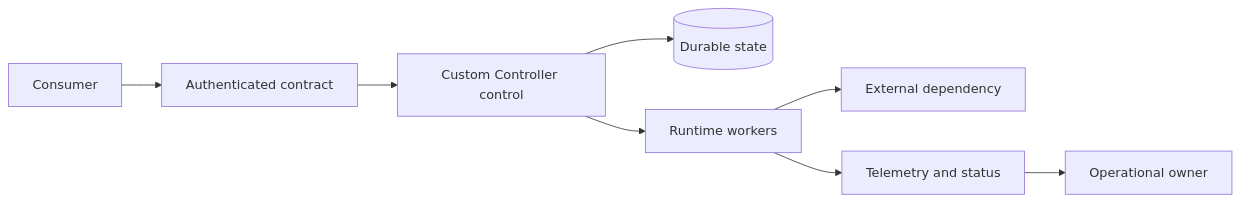
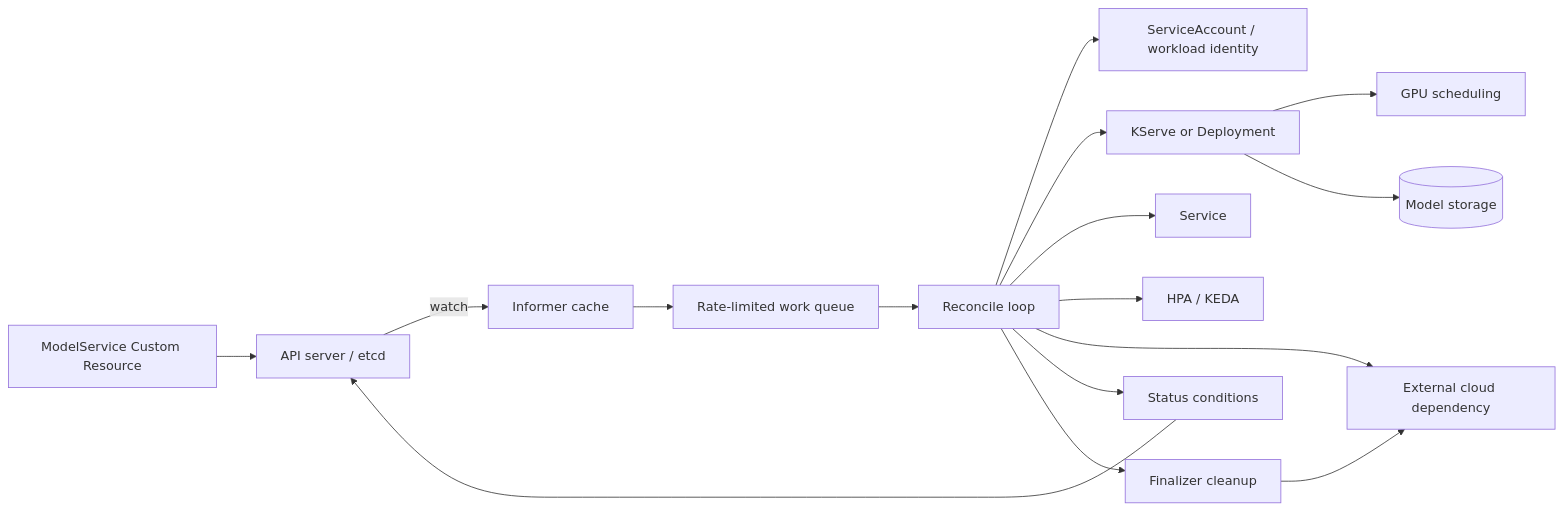
Before and after one commit to m1mohamad/devops-sre-prep: the diagram in docs/architecture/custom-controller.md, drawn with Mermaid. The commit also changed other lines of this file and 61 other files, not shown here.

Commit message:
Replace generic architecture and study templates

````diff
--- a/docs/architecture/custom-controller.md
+++ b/docs/architecture/custom-controller.md
@@ -15,10 +15,16 @@
 ```mermaid
 flowchart LR
-  User[Consumer] --> Edge[Authenticated contract]
-  Edge --> Control[Custom Controller control]
-  Control --> State[(Durable state)]
-  Control --> Runtime[Runtime workers]
-  Runtime --> Dependency[External dependency]
-  Runtime --> Signals[Telemetry and status]
-  Signals --> Owner[Operational owner]
+  CR[ModelService Custom Resource] --> API[API server / etcd]
+  API -->|watch| Informer[Informer cache] --> Queue[Rate-limited work queue] --> Reconcile[Reconcile loop]
+  Reconcile --> Identity[ServiceAccount / workload identity]
+  Reconcile --> Serving[KServe or Deployment]
+  Reconcile --> Service[Service]
+  Reconcile --> Scale[HPA / KEDA]
+  Serving --> GPU[GPU scheduling]
+  Serving --> Storage[(Model storage)]
+  Reconcile --> Cloud[External cloud dependency]
+  Reconcile --> Status[Status conditions]
+  Reconcile --> Finalizer[Finalizer cleanup]
+  Status --> API
+  Finalizer --> Cloud
 ```
````
